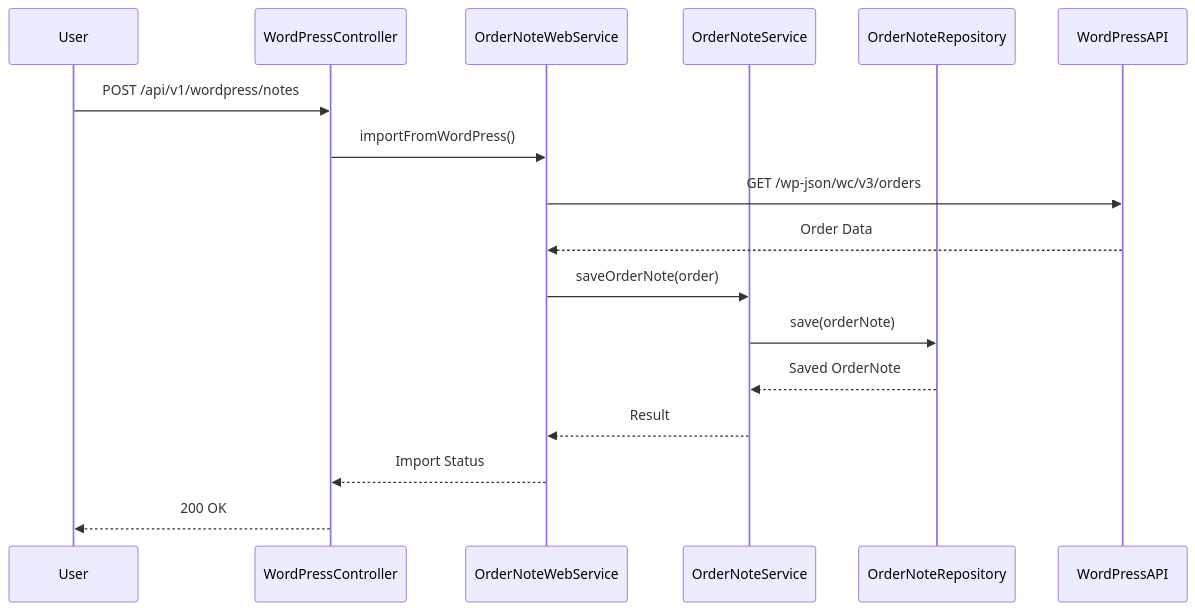
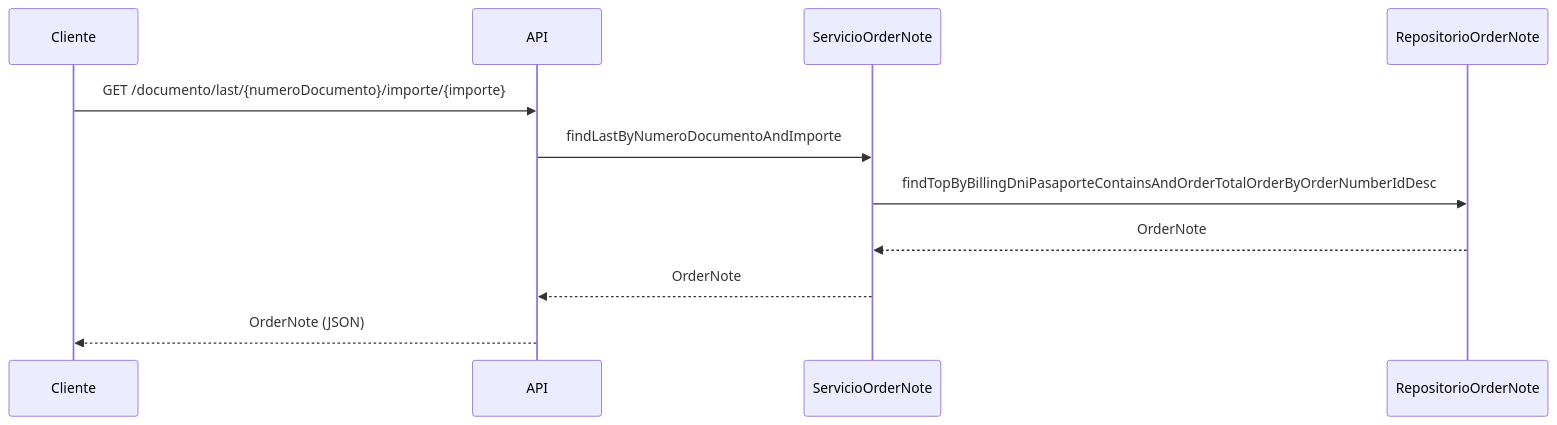
One commit to ETEREA-services/ETEREA.import-service changed the diagram in docs/diagrams/flujo-principal.mmd. Above: the diagram before and after it, drawn with Mermaid. The commit also changed 11 other files, not shown here.

```diff
--- a/docs/diagrams/flujo-principal.mmd
+++ b/docs/diagrams/flujo-principal.mmd
@@ -1,19 +1,12 @@
+sequenceDiagram
+    participant Cliente
+    participant API
+    participant ServicioOrderNote
+    participant RepositorioOrderNote
 
-sequenceDiagram
-    participant User
-    participant WordPressController
-    participant OrderNoteWebService
-    participant OrderNoteService
-    participant OrderNoteRepository
-    participant WordPressAPI
-
-    User->>WordPressController: POST /api/v1/wordpress/notes
-    WordPressController->>OrderNoteWebService: importFromWordPress()
-    OrderNoteWebService->>WordPressAPI: GET /wp-json/wc/v3/orders
-    WordPressAPI-->>OrderNoteWebService: Order Data
-    OrderNoteWebService->>OrderNoteService: saveOrderNote(order)
-    OrderNoteService->>OrderNoteRepository: save(orderNote)
-    OrderNoteRepository-->>OrderNoteService: Saved OrderNote
-    OrderNoteService-->>OrderNoteWebService: Result
-    OrderNoteWebService-->>WordPressController: Import Status
-    WordPressController-->>User: 200 OK
+    Cliente->>API: GET /documento/last/{numeroDocumento}/importe/{importe}
+    API->>ServicioOrderNote: findLastByNumeroDocumentoAndImporte
+    ServicioOrderNote->>RepositorioOrderNote: findTopByBillingDniPasaporteContainsAndOrderTotalOrderByOrderNumberIdDesc
+    RepositorioOrderNote-->>ServicioOrderNote: OrderNote
+    ServicioOrderNote-->>API: OrderNote
+    API-->>Cliente: OrderNote (JSON)
```
